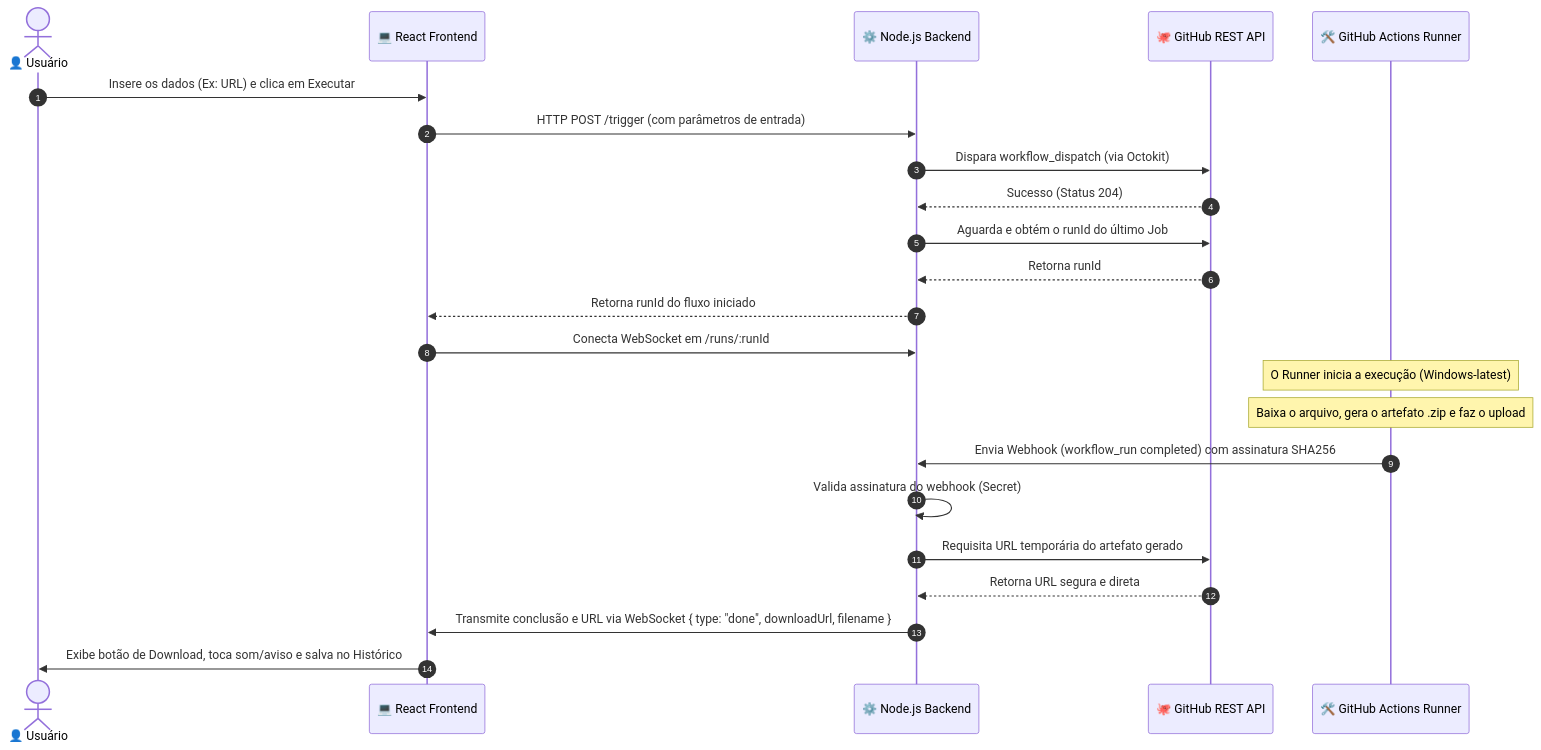
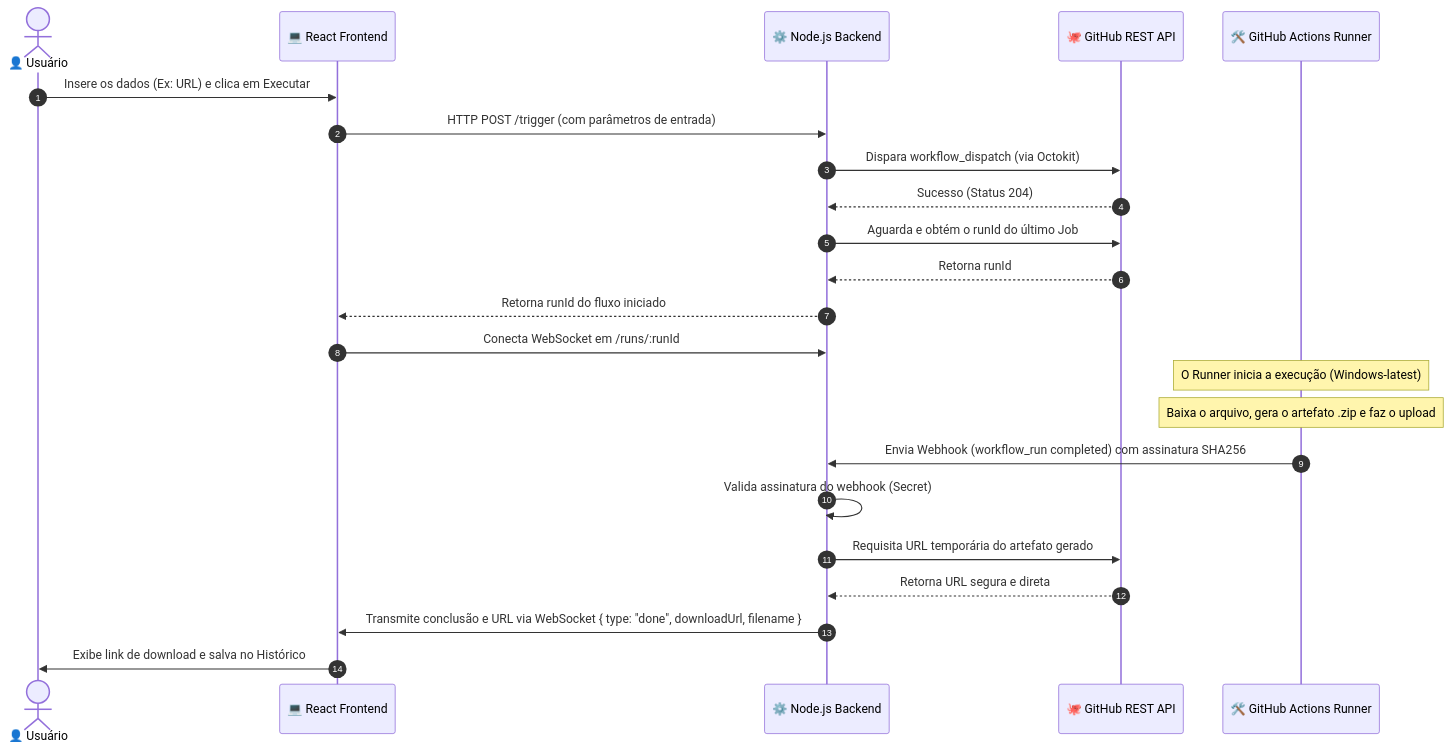
Before and after one commit to Neotwr/downloader: the diagram in README.md, drawn with Mermaid. The commit also changed other lines of this file, not shown here.

````diff
--- a/README.md
+++ b/README.md
@@ -22,26 +23,26 @@
 ```mermaid
 sequenceDiagram
     autonumber
     actor User as 👤 Usuário
     participant Front as 💻 React Frontend
     participant Back as ⚙️ Node.js Backend
     participant GH_API as 🐙 GitHub REST API
     participant GH_Act as 🛠️ GitHub Actions Runner
     
     User->>Front: Insere os dados (Ex: URL) e clica em Executar
     Front->>Back: HTTP POST /trigger (com parâmetros de entrada)
     Back->>GH_API: Dispara workflow_dispatch (via Octokit)
     GH_API-->>Back: Sucesso (Status 204)
     Back->>GH_API: Aguarda e obtém o runId do último Job
     GH_API-->>Back: Retorna runId
     Back-->>Front: Retorna runId do fluxo iniciado
     Front->>Back: Conecta WebSocket em /runs/:runId
     Note over GH_Act: O Runner inicia a execução (Windows-latest)
     Note over GH_Act: Baixa o arquivo, gera o artefato .zip e faz o upload
     GH_Act->>Back: Envia Webhook (workflow_run completed) com assinatura SHA256
     Back->>Back: Valida assinatura do webhook (Secret)
     Back->>GH_API: Requisita URL temporária do artefato gerado
     GH_API-->>Back: Retorna URL segura e direta
     Back->>Front: Transmite conclusão e URL via WebSocket { type: "done", downloadUrl, filename }
-    Front->>User: Exibe botão de Download, toca som/aviso e salva no Histórico
+    Front->>User: Exibe link de download e salva no Histórico
 ```
````
